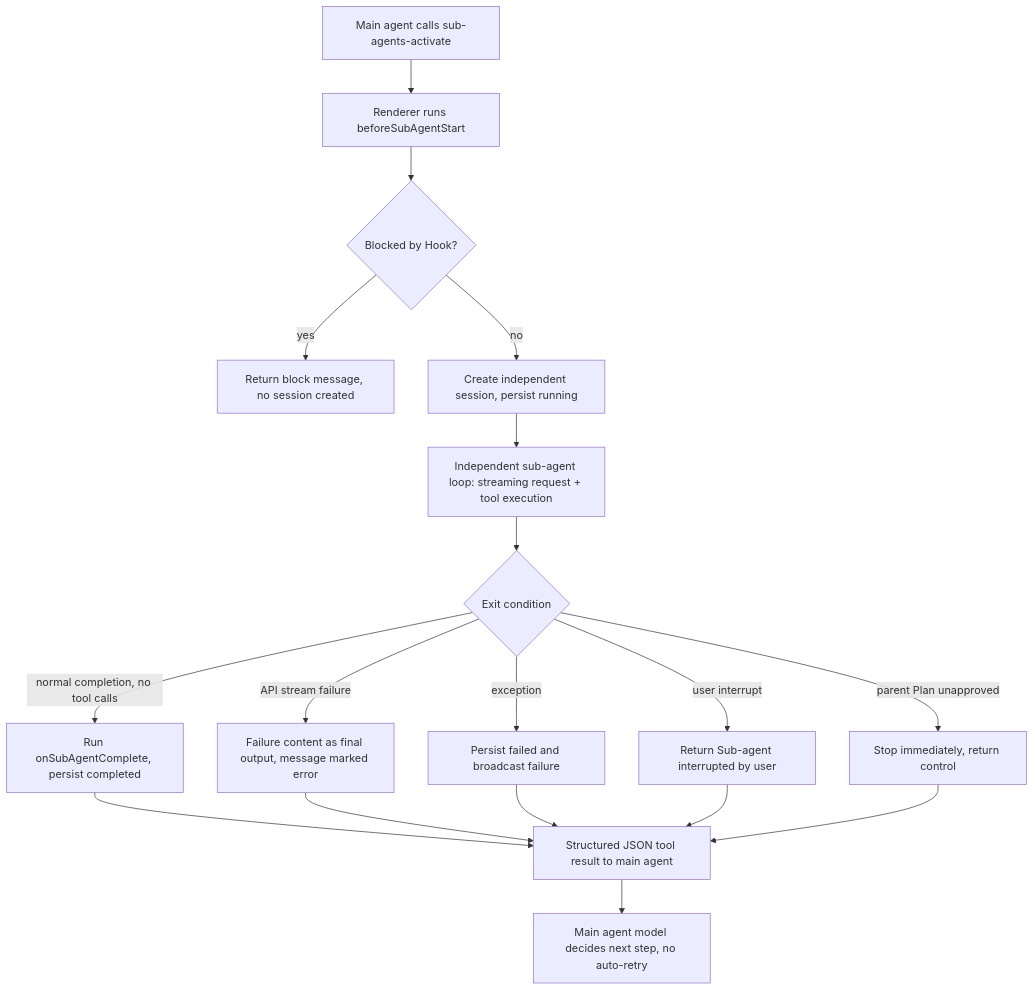
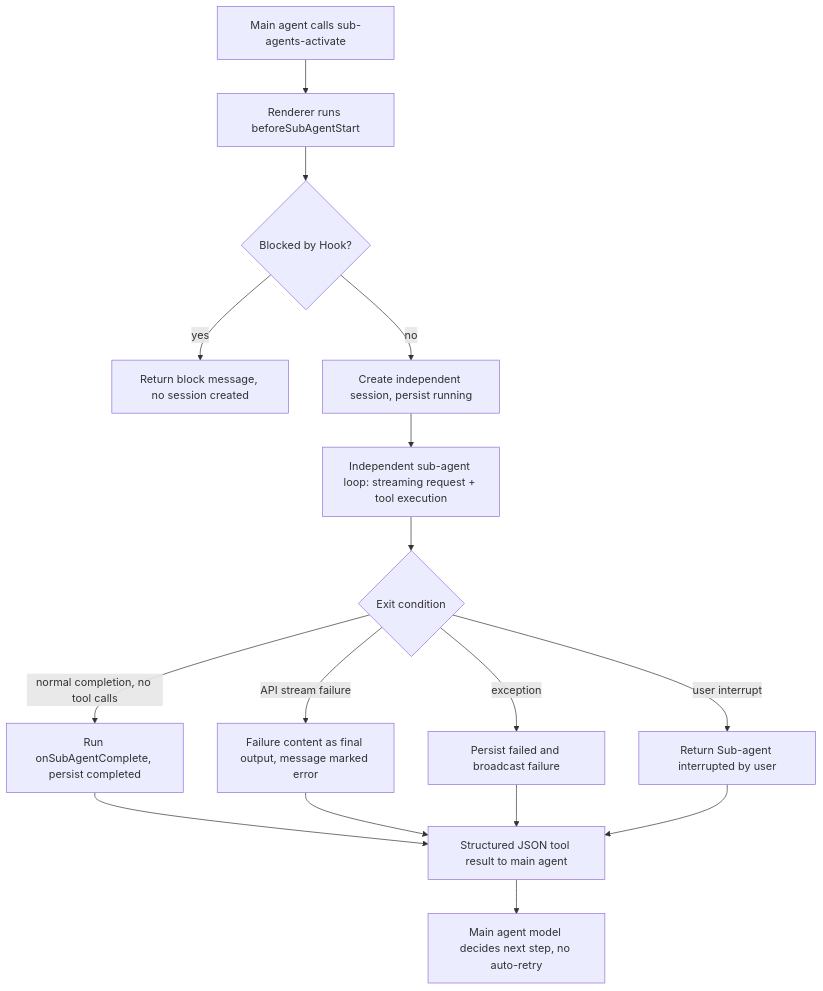
Diagram 18 of 23 in docs/en/4-architecture-and-development/4-agent-runtime-and-tool-orchestration.md (BaSui01/snow-app), drawn with Mermaid before and after one commit. The commit also changed other lines of this file and 135 other files, not shown here.

````diff
--- a/docs/en/4-architecture-and-development/4-agent-runtime-and-tool-orchestration.md
+++ b/docs/en/4-architecture-and-development/4-agent-runtime-and-tool-orchestration.md
@@ -645,20 +643,18 @@
 ```mermaid
 flowchart TD
     A[Main agent calls sub-agents-activate] --> B[Renderer runs beforeSubAgentStart]
     B --> C{Blocked by Hook?}
     C -->|yes| X[Return block message, no session created]
     C -->|no| D[Create independent session, persist running]
     D --> E[Independent sub-agent loop: streaming request + tool execution]
     E --> F{Exit condition}
     F -->|normal completion, no tool calls| G[Run onSubAgentComplete, persist completed]
     F -->|API stream failure| H[Failure content as final output, message marked error]
     F -->|exception| I[Persist failed and broadcast failure]
     F -->|user interrupt| J[Return Sub-agent interrupted by user]
-    F -->|parent Plan unapproved| K[Stop immediately, return control]
     G --> L[Structured JSON tool result to main agent]
     H --> L
     I --> L
     J --> L
-    K --> L
     L --> M[Main agent model decides next step, no auto-retry]
 ```
````
